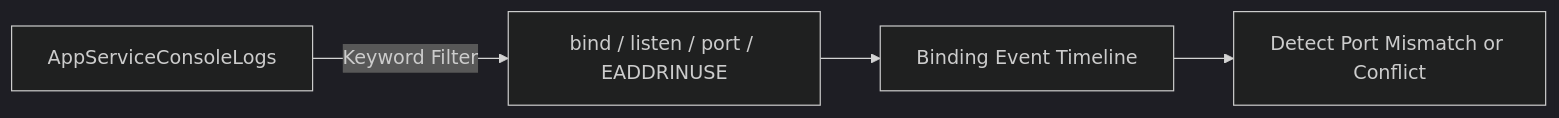
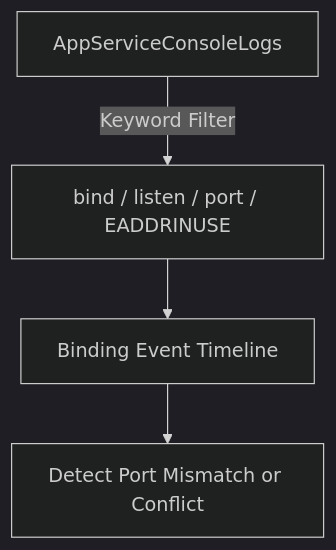
The diagram in docs/troubleshooting/kql/console/container-binding-errors.md (yeongseon/azure-app-service-practical-guide), drawn with Mermaid (dark theme) before and after one commit. The commit also changed 128 other files, not shown here.

First line of the commit message:
docs: convert LR diagrams to TD for readability and add orientation rule

````diff
--- a/docs/troubleshooting/kql/console/container-binding-errors.md
+++ b/docs/troubleshooting/kql/console/container-binding-errors.md
@@ -33,6 +33,6 @@
 ```mermaid
-graph LR
+graph TD
     A[AppServiceConsoleLogs] -->|Keyword Filter| B[bind / listen / port / EADDRINUSE]
     B --> C[Binding Event Timeline]
     C --> D[Detect Port Mismatch or Conflict]
 ```
````
